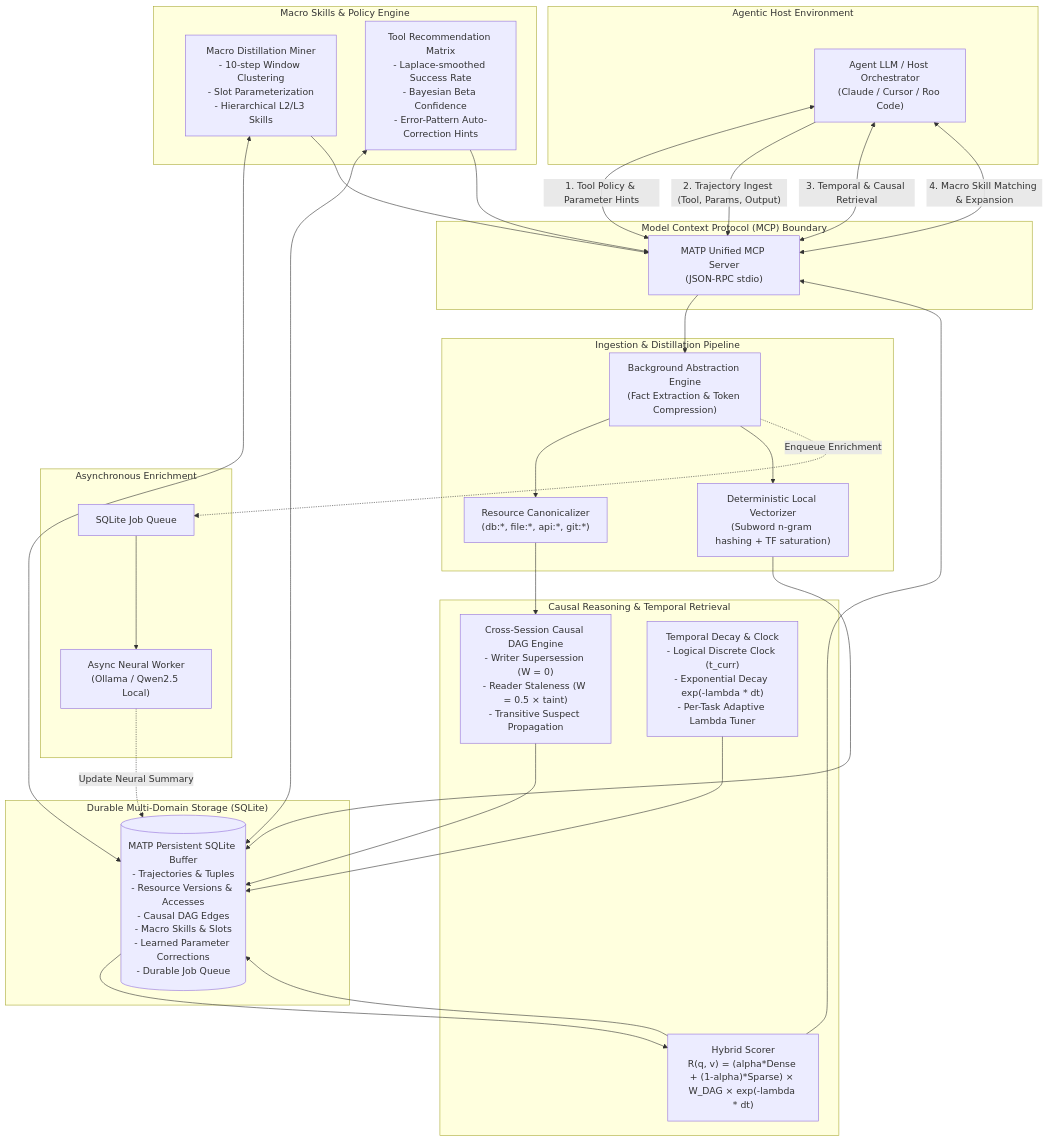
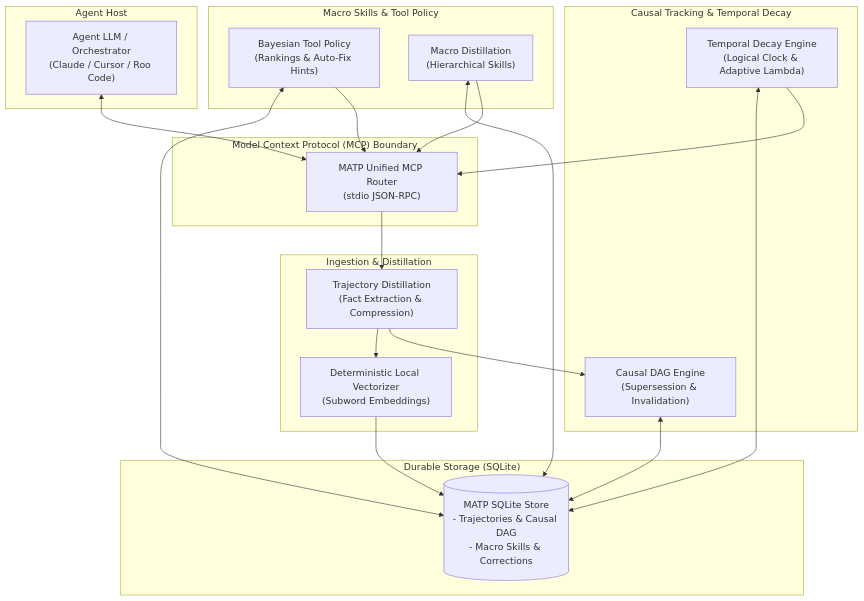
Before and after one commit to rsmyst/llmEndsem: the diagram in report/figures/architecture.mmd, drawn with Mermaid. The commit also changed 17 other files, not shown here.

```diff
--- a/report/figures/architecture.mmd
+++ b/report/figures/architecture.mmd
@@ -1,60 +1,41 @@
 flowchart TD
-    subgraph Host ["Agentic Host Environment"]
-        LLM["Agent LLM / Host Orchestrator<br/>(Claude / Cursor / Roo Code)"]
+    subgraph Host ["Agent Host"]
+        LLM["Agent LLM / Orchestrator<br/>(Claude / Cursor / Roo Code)"]
     end
 
     subgraph MCP ["Model Context Protocol (MCP) Boundary"]
-        Router["MATP Unified MCP Server<br/>(JSON-RPC stdio)"]
+        Router["MATP Unified MCP Router<br/>(stdio JSON-RPC)"]
     end
 
-    subgraph Ingest ["Ingestion & Distillation Pipeline"]
-        Distill["Background Abstraction Engine<br/>(Fact Extraction & Token Compression)"]
-        ResRes["Resource Canonicalizer<br/>(db:*, file:*, api:*, git:*)"]
-        Embed["Deterministic Local Vectorizer<br/>(Subword n-gram hashing + TF saturation)"]
+    subgraph Ingest ["Ingestion & Distillation"]
+        Distill["Trajectory Distillation<br/>(Fact Extraction & Compression)"]
+        Embed["Deterministic Local Vectorizer<br/>(Subword Embeddings)"]
     end
 
-    subgraph Storage ["Durable Multi-Domain Storage (SQLite)"]
-        DB[("MATP Persistent SQLite Buffer<br/>- Trajectories & Tuples<br/>- Resource Versions & Accesses<br/>- Causal DAG Edges<br/>- Macro Skills & Slots<br/>- Learned Parameter Corrections<br/>- Durable Job Queue")]
+    subgraph Storage ["Durable Storage (SQLite)"]
+        DB[("MATP SQLite Store<br/>- Trajectories & Causal DAG<br/>- Macro Skills & Corrections")]
     end
 
-    subgraph CausalTemporal ["Causal Reasoning & Temporal Retrieval"]
-        DAG["Cross-Session Causal DAG Engine<br/>- Writer Supersession (W = 0)<br/>- Reader Staleness (W = 0.5 × taint)<br/>- Transitive Suspect Propagation"]
-        Temporal["Temporal Decay & Clock<br/>- Logical Discrete Clock (t_curr)<br/>- Exponential Decay exp(-lambda * dt)<br/>- Per-Task Adaptive Lambda Tuner"]
-        Hybrid["Hybrid Scorer<br/>R(q, v) = (alpha*Dense + (1-alpha)*Sparse) × W_DAG × exp(-lambda * dt)"]
+    subgraph CausalTemporal ["Causal Tracking & Temporal Decay"]
+        DAG["Causal DAG Engine<br/>(Supersession & Invalidation)"]
+        Temporal["Temporal Decay Engine<br/>(Logical Clock & Adaptive Lambda)"]
     end
 
-    subgraph MacroPolicy ["Macro Skills & Policy Engine"]
-        Macro["Macro Distillation Miner<br/>- 10-step Window Clustering<br/>- Slot Parameterization<br/>- Hierarchical L2/L3 Skills"]
-        Policy["Tool Recommendation Matrix<br/>- Laplace-smoothed Success Rate<br/>- Bayesian Beta Confidence<br/>- Error-Pattern Auto-Correction Hints"]
+    subgraph MacroPolicy ["Macro Skills & Tool Policy"]
+        Policy["Bayesian Tool Policy<br/>(Rankings & Auto-Fix Hints)"]
+        Macro["Macro Distillation<br/>(Hierarchical Skills)"]
     end
 
-    subgraph AsyncWorker ["Asynchronous Enrichment"]
-        Queue["SQLite Job Queue"]
-        Worker["Async Neural Worker<br/>(Ollama / Qwen2.5 Local)"]
-    end
-
-    LLM <-->|"1. Tool Policy & Parameter Hints"| Router
-    LLM -->|"2. Trajectory Ingest (Tool, Params, Output)"| Router
-    LLM <-->|"3. Temporal & Causal Retrieval"| Router
-    LLM <-->|"4. Macro Skill Matching & Expansion"| Router
-
+    LLM <--> Router
     Router --> Distill
-    Distill --> ResRes
     Distill --> Embed
-    ResRes --> DAG
+    Distill --> DAG
     Embed --> DB
-
-    DAG --> DB
-    Temporal --> DB
-    Hybrid --> DB
+    DAG <--> DB
+    Temporal <--> DB
     Macro <--> DB
     Policy <--> DB
 
-    Distill -.->|"Enqueue Enrichment"| Queue
-    Queue --> Worker
-    Worker -.->|"Update Neural Summary"| DB
-
-    DB --> Hybrid
-    Hybrid --> Router
+    Temporal --> Router
     Policy --> Router
     Macro --> Router
```
